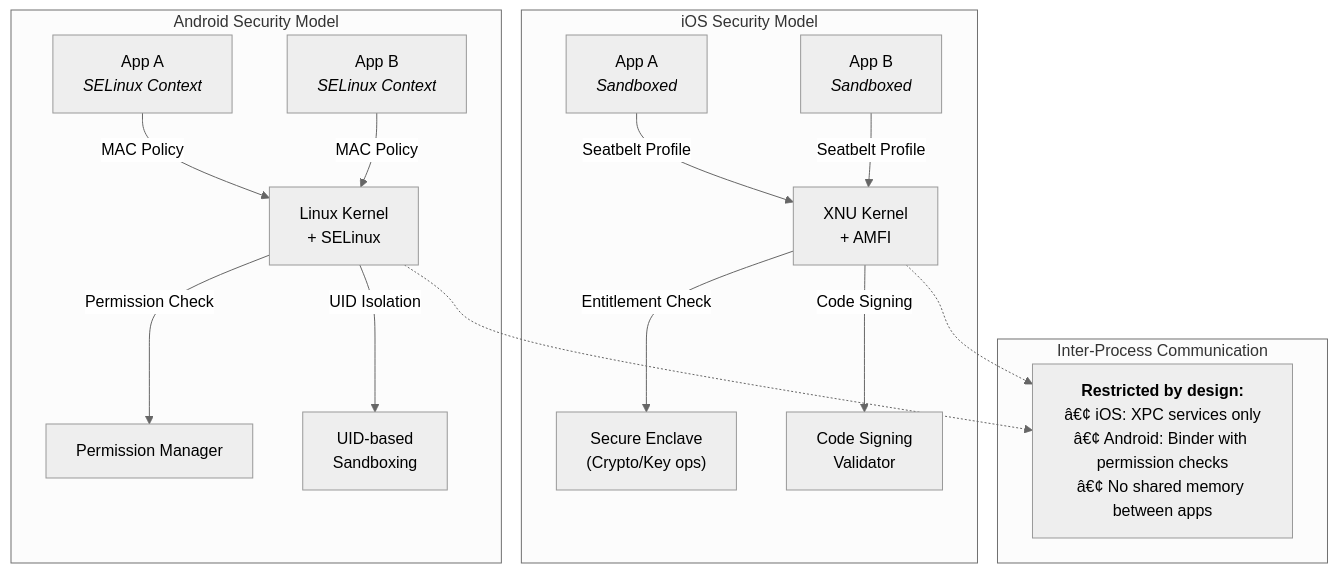
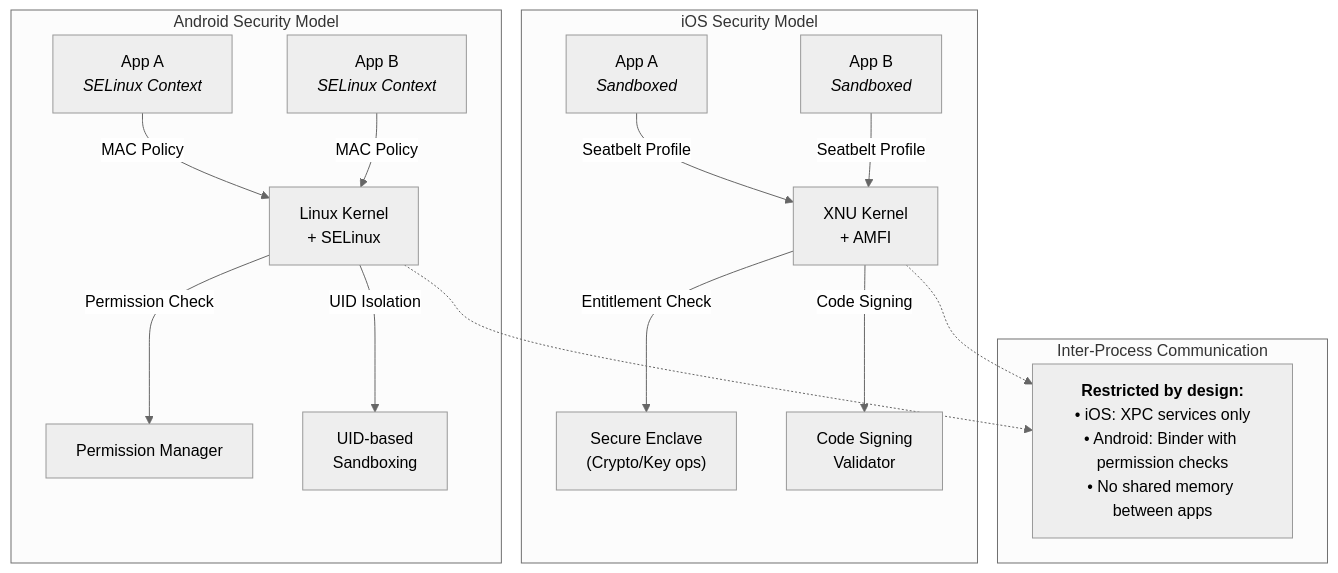
The third of 3 diagrams in docs/courses/cyber-security/07-cloud-mobile.md (Raushan666java/ai-engineering-journey), drawn with Mermaid (neutral theme) before and after one commit. The commit also changed other lines of this file and 965 other files, not shown here.

````diff
--- a/docs/courses/cyber-security/07-cloud-mobile.md
+++ b/docs/courses/cyber-security/07-cloud-mobile.md
@@ -2875,20 +2875,20 @@
 ```mermaid
 flowchart TD
     subgraph iOS["iOS Security Model"]
         App1_iOS["App A<br/><i>Sandboxed</i>"] -->|"Seatbelt Profile"| iOS_Kernel["XNU Kernel<br/>+ AMFI"]
         App2_iOS["App B<br/><i>Sandboxed</i>"] -->|"Seatbelt Profile"| iOS_Kernel
         iOS_Kernel -->|"Entitlement Check"| SecureEnclave["Secure Enclave<br/>(Crypto/Key ops)"]
         iOS_Kernel -->|"Code Signing"| CodeSign["Code Signing<br/>Validator"]
     end
     subgraph Android["Android Security Model"]
         App1_Android["App A<br/><i>SELinux Context</i>"] -->|"MAC Policy"| LinuxKernel["Linux Kernel<br/>+ SELinux"]
         App2_Android["App B<br/><i>SELinux Context</i>"] -->|"MAC Policy"| LinuxKernel
         LinuxKernel -->|"Permission Check"| PermissionMgr["Permission Manager"]
         LinuxKernel -->|"UID Isolation"| UIDIsolation["UID-based<br/>Sandboxing"]
     end
     subgraph IPC["Inter-Process Communication"]
-        IPC_Restrict["<b>Restricted by design:</b><br/>â€¢ iOS: XPC services only<br/>â€¢ Android: Binder with permission checks<br/>â€¢ No shared memory between apps"]
+        IPC_Restrict["<b>Restricted by design:</b><br/>• iOS: XPC services only<br/>• Android: Binder with permission checks<br/>• No shared memory between apps"]
     end
     iOS_Kernel -.-> IPC_Restrict
     LinuxKernel -.-> IPC_Restrict
 ```
````
